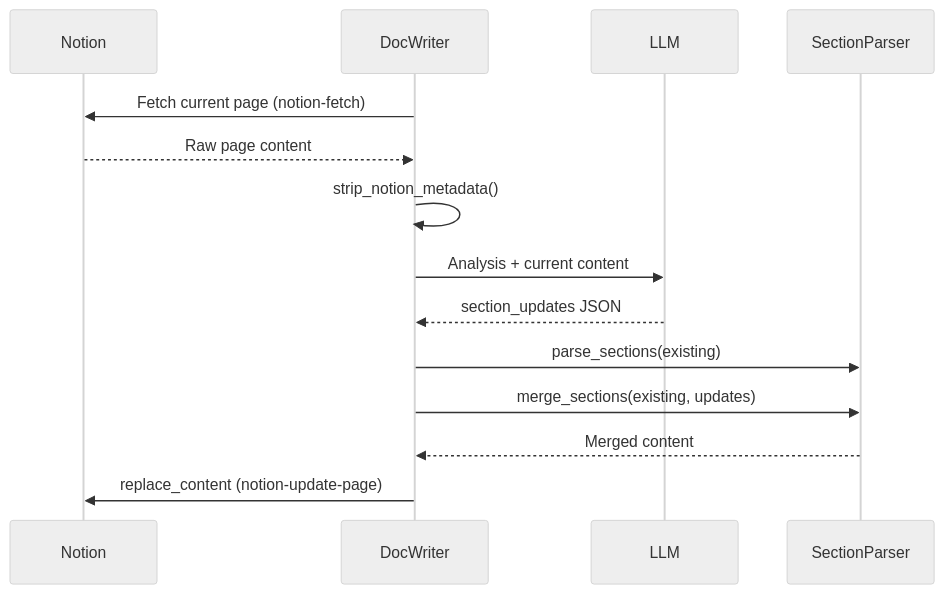
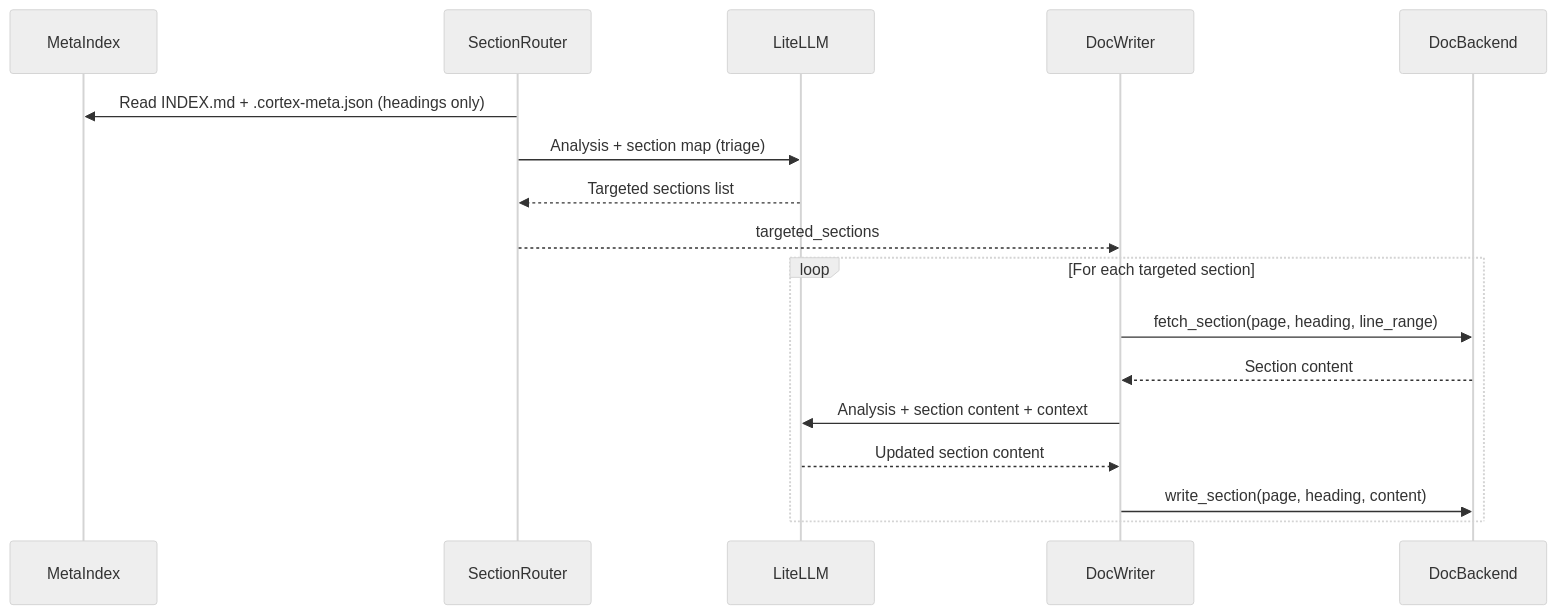
Before and after one commit to sarupurisailalith/codebase-cortex: the fifth of 7 diagrams in docs/architecture.md, drawn with Mermaid (neutral theme). The commit also changed other lines of this file and 8 other files, not shown here.

````diff
--- a/docs/architecture.md
+++ b/docs/architecture.md
@@ -118,17 +199,21 @@
 ```mermaid
 sequenceDiagram
-    participant N as Notion
+    participant META as MetaIndex
+    participant SRN as SectionRouter
+    participant LLM as LiteLLM
     participant DW as DocWriter
-    participant LLM as LLM
-    participant SP as SectionParser
+    participant BE as DocBackend
 
-    DW->>N: Fetch current page (notion-fetch)
-    N-->>DW: Raw page content
-    DW->>DW: strip_notion_metadata()
-    DW->>LLM: Analysis + current content
-    LLM-->>DW: section_updates JSON
-    DW->>SP: parse_sections(existing)
-    DW->>SP: merge_sections(existing, updates)
-    SP-->>DW: Merged content
-    DW->>N: replace_content (notion-update-page)
+    SRN->>META: Read INDEX.md + .cortex-meta.json (headings only)
+    SRN->>LLM: Analysis + section map (triage)
+    LLM-->>SRN: Targeted sections list
+    SRN-->>DW: targeted_sections
+
+    loop For each targeted section
+        DW->>BE: fetch_section(page, heading, line_range)
+        BE-->>DW: Section content
+        DW->>LLM: Analysis + section content + context
+        LLM-->>DW: Updated section content
+        DW->>BE: write_section(page, heading, content)
+    end
 ```
````
